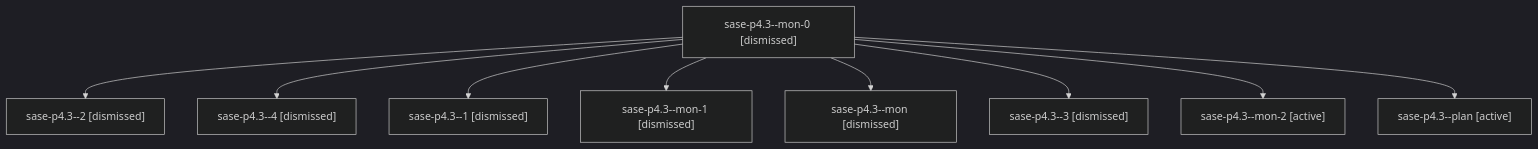
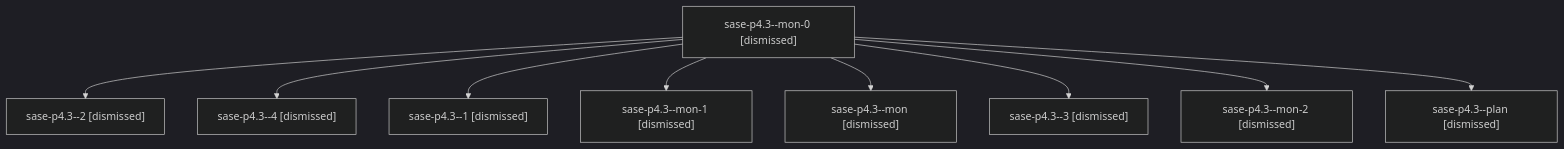
One commit to sase-org/sase--agents changed the diagram in sessions/bbugyi200.athena.sase-p4.3.md. Above: the diagram before and after it, drawn with Mermaid (dark theme). The commit also changed other lines of this file and 104 other files, not shown here.

````diff
--- a/sessions/bbugyi200.athena.sase-p4.3.md
+++ b/sessions/bbugyi200.athena.sase-p4.3.md
@@ -9,20 +9,20 @@
 ```mermaid
 flowchart TD
   n0["sase-p4.3--mon-0 [dismissed]"]
   n1["sase-p4.3--2 [dismissed]"]
   n0 --> n1
   n2["sase-p4.3--4 [dismissed]"]
   n0 --> n2
   n3["sase-p4.3--1 [dismissed]"]
   n0 --> n3
   n4["sase-p4.3--mon-1 [dismissed]"]
   n0 --> n4
   n5["sase-p4.3--mon [dismissed]"]
   n0 --> n5
   n6["sase-p4.3--3 [dismissed]"]
   n0 --> n6
-  n7["sase-p4.3--mon-2 [active]"]
+  n7["sase-p4.3--mon-2 [dismissed]"]
   n0 --> n7
-  n8["sase-p4.3--plan [active]"]
+  n8["sase-p4.3--plan [dismissed]"]
   n0 --> n8
 ```
````
